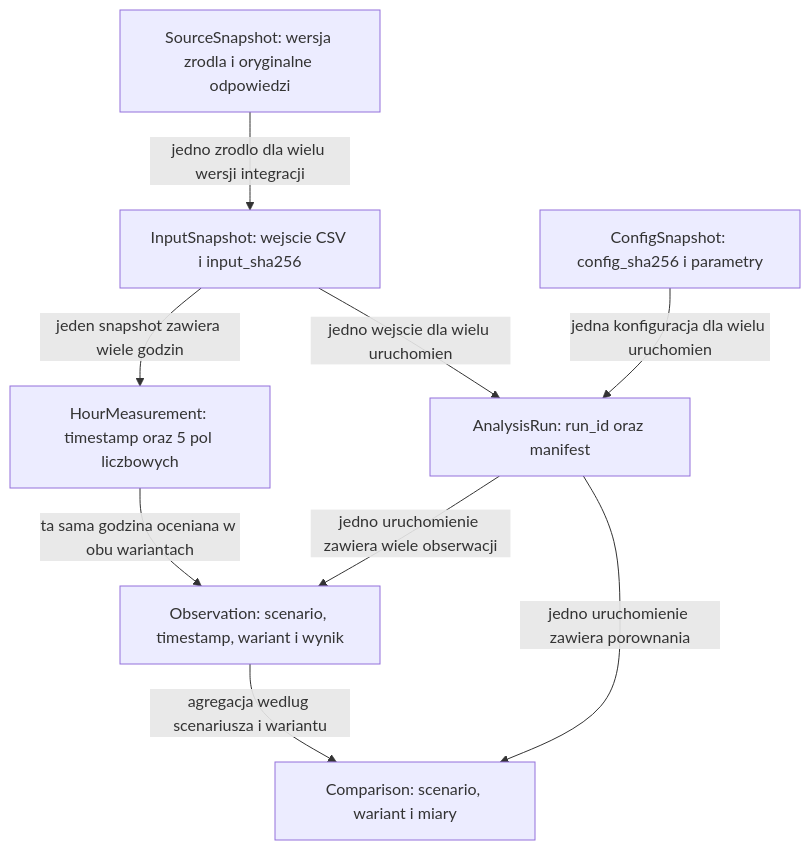
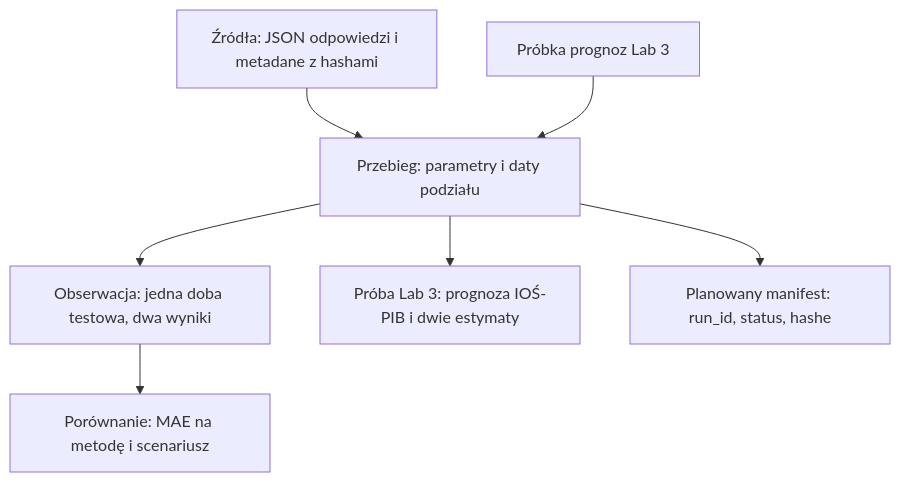
One commit to Privot6/ProjektInformatyczny changed the diagram in docs/diagrams/file-model.mmd. Above: the diagram before and after it, drawn with Mermaid. The commit also changed 63 other files, not shown here.

```diff
--- a/docs/diagrams/file-model.mmd
+++ b/docs/diagrams/file-model.mmd
@@ -1,16 +1,7 @@
 flowchart TD
-    S["SourceSnapshot: wersja zrodla i oryginalne odpowiedzi"]
-    I["InputSnapshot: wejscie CSV i input_sha256"]
-    H["HourMeasurement: timestamp oraz 5 pol liczbowych"]
-    C["ConfigSnapshot: config_sha256 i parametry"]
-    R["AnalysisRun: run_id oraz manifest"]
-    O["Observation: scenario, timestamp, wariant i wynik"]
-    M["Comparison: scenario, wariant i miary"]
-    S -->|"jedno zrodlo dla wielu wersji integracji"| I
-    I -->|"jeden snapshot zawiera wiele godzin"| H
-    I -->|"jedno wejscie dla wielu uruchomien"| R
-    C -->|"jedna konfiguracja dla wielu uruchomien"| R
-    R -->|"jedno uruchomienie zawiera wiele obserwacji"| O
-    H -->|"ta sama godzina oceniana w obu wariantach"| O
-    R -->|"jedno uruchomienie zawiera porownania"| M
-    O -->|"agregacja wedlug scenariusza i wariantu"| M
+    S["Źródła: JSON odpowiedzi i metadane z hashami"] --> R["Przebieg: parametry i daty podziału"]
+    I["Próbka prognoz Lab 3"] --> R
+    R --> O["Obserwacja: jedna doba testowa, dwa wyniki"]
+    R --> P["Próba Lab 3: prognoza IOŚ-PIB i dwie estymaty"]
+    O --> M["Porównanie: MAE na metodę i scenariusz"]
+    R --> H["Planowany manifest: run_id, status, hashe"]
```
